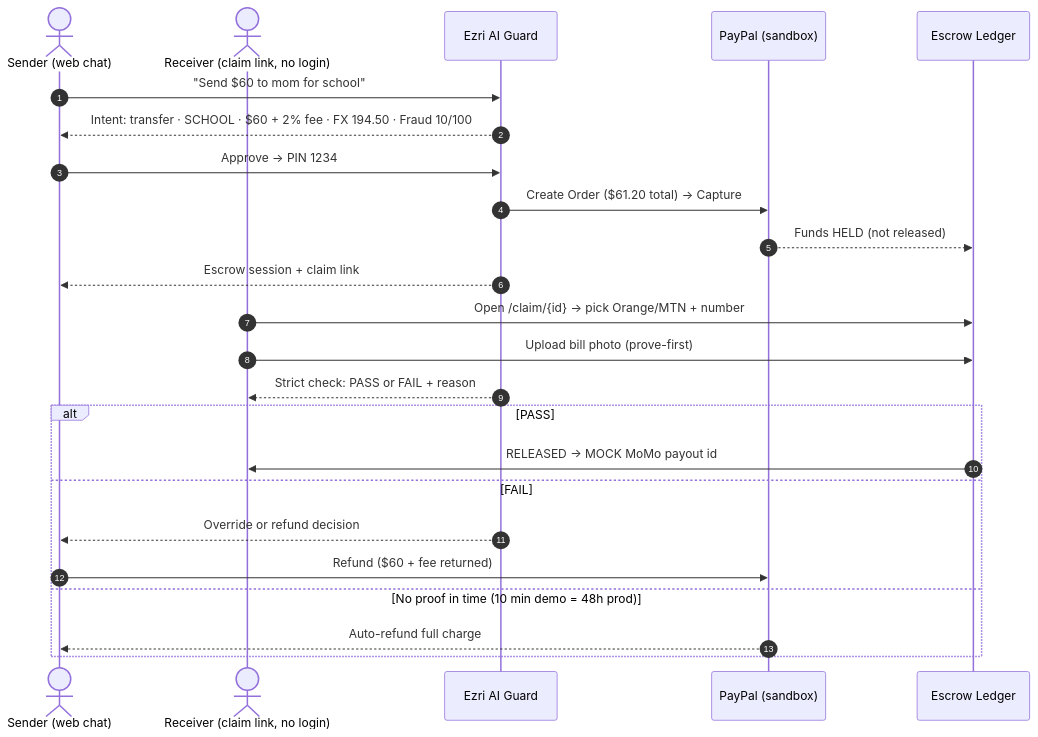
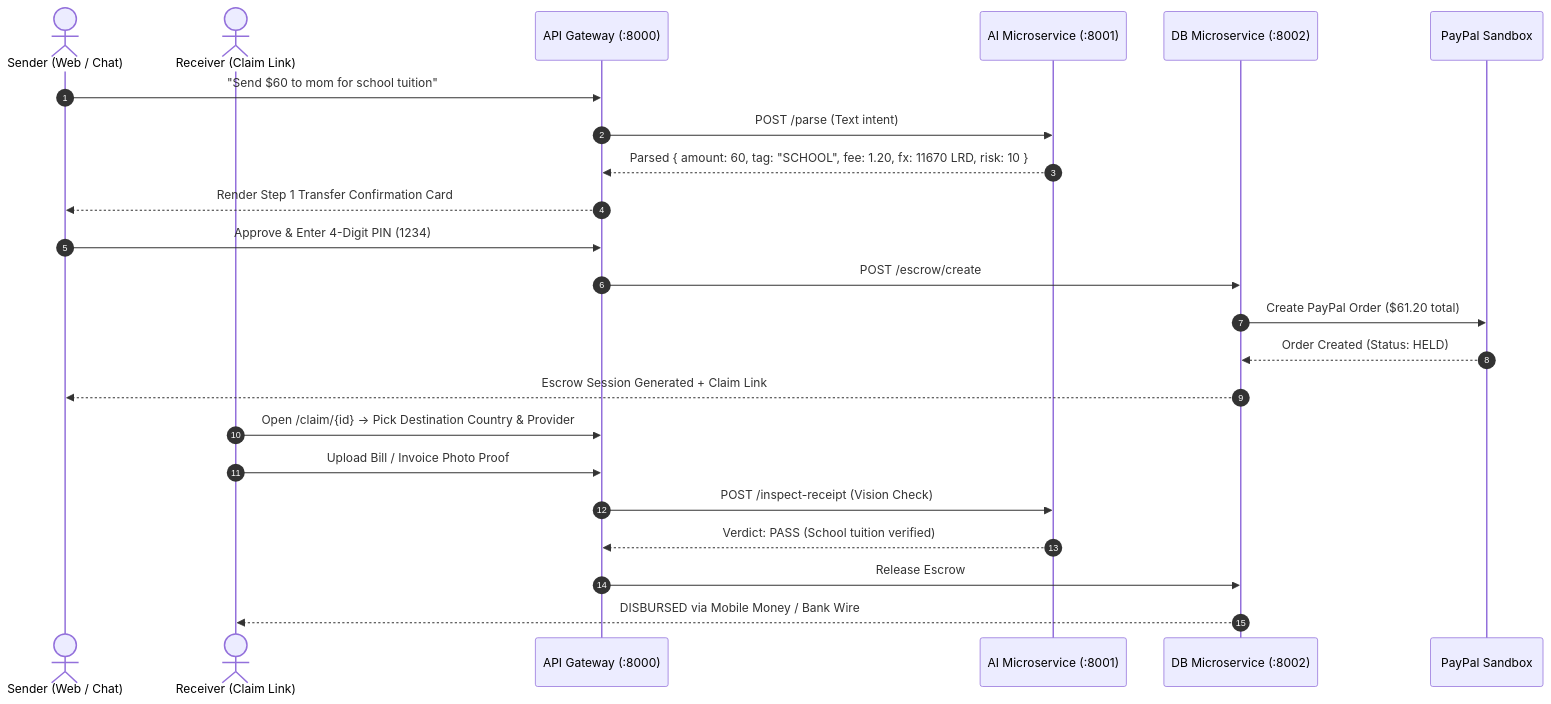
The second of 2 diagrams in README.md (an-nita-llc/ezri-africa), drawn with Mermaid before and after one commit. The commit also changed other lines of this file and 31 other files, not shown here.

````diff
--- a/README.md
+++ b/README.md
@@ -30,27 +65,26 @@
 ```mermaid
 sequenceDiagram
     autonumber
-    actor S as Sender (web chat)
-    actor R as Receiver (claim link, no login)
-    participant AI as Ezri AI Guard
-    participant P as PayPal (sandbox)
-    participant L as Escrow Ledger
+    actor S as Sender (Web / Chat)
+    actor R as Receiver (Claim Link)
+    participant GW as API Gateway (:8000)
+    participant AI as AI Microservice (:8001)
+    participant DB as DB Microservice (:8002)
+    participant PP as PayPal Sandbox
 
-    S->>AI: "Send $60 to mom for school"
-    AI-->>S: Intent: transfer · SCHOOL · $60 + 2% fee · FX 194.50 · Fraud 10/100
-    S->>AI: Approve → PIN 1234
-    AI->>P: Create Order ($61.20 total) → Capture
-    P-->>L: Funds HELD (not released)
-    AI-->>S: Escrow session + claim link
-    R->>L: Open /claim/{id} → pick Orange/MTN + number
-    R->>L: Upload bill photo (prove-first)
-    AI-->>R: Strict check: PASS or FAIL + reason
-    alt PASS
-        L->>R: RELEASED → MOCK MoMo payout id
-    else FAIL
-        AI-->>S: Override or refund decision
-        S->>P: Refund ($60 + fee returned)
-    else No proof in time (10 min demo = 48h prod)
-        P-->>S: Auto-refund full charge
-    end
+    S->>GW: "Send $60 to mom for school tuition"
+    GW->>AI: POST /parse (Text intent)
+    AI-->>GW: Parsed { amount: 60, tag: "SCHOOL", fee: 1.20, fx: 11670 LRD, risk: 10 }
+    GW-->>S: Render Step 1 Transfer Confirmation Card
+    S->>GW: Approve & Enter 4-Digit PIN (1234)
+    GW->>DB: POST /escrow/create
+    DB->>PP: Create PayPal Order ($61.20 total)
+    PP-->>DB: Order Created (Status: HELD)
+    DB-->>S: Escrow Session Generated + Claim Link
+    R->>GW: Open /claim/{id} → Pick Destination Country & Provider
+    R->>GW: Upload Bill / Invoice Photo Proof
+    GW->>AI: POST /inspect-receipt (Vision Check)
+    AI-->>GW: Verdict: PASS (School tuition verified)
+    GW->>DB: Release Escrow
+    DB-->>R: DISBURSED via Mobile Money / Bank Wire
 ```
````
